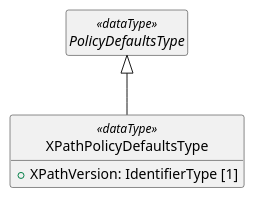
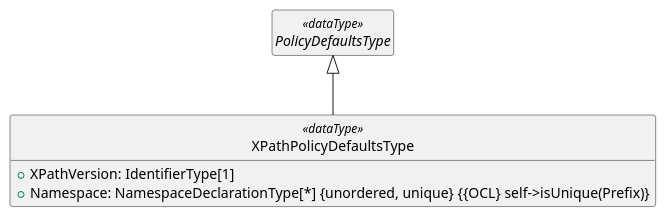
One commit to oasis-tcs/xacml-spec changed the second of 6 diagrams in acal-v1.0-xpath.md. Above: the diagram before and after it, drawn with PlantUML. The commit also changed other lines of this file and 24 other files, not shown here.

````diff
--- a/acal-v1.0-xpath.md
+++ b/acal-v1.0-xpath.md
@@ -367,10 +494,11 @@
 ```plantuml
 @startuml
 hide empty members 
 hide circle
 abstract class PolicyDefaultsType <<dataType>>
 class XPathPolicyDefaultsType <<dataType>> extends PolicyDefaultsType {
-   + XPathVersion: IdentifierType [1]
+  {field} +XPathVersion: IdentifierType[1]
+  {field} +Namespace: NamespaceDeclarationType[*] {unordered, unique} {{OCL} self->isUnique(Prefix)}
 }
 @enduml
 ```
````
